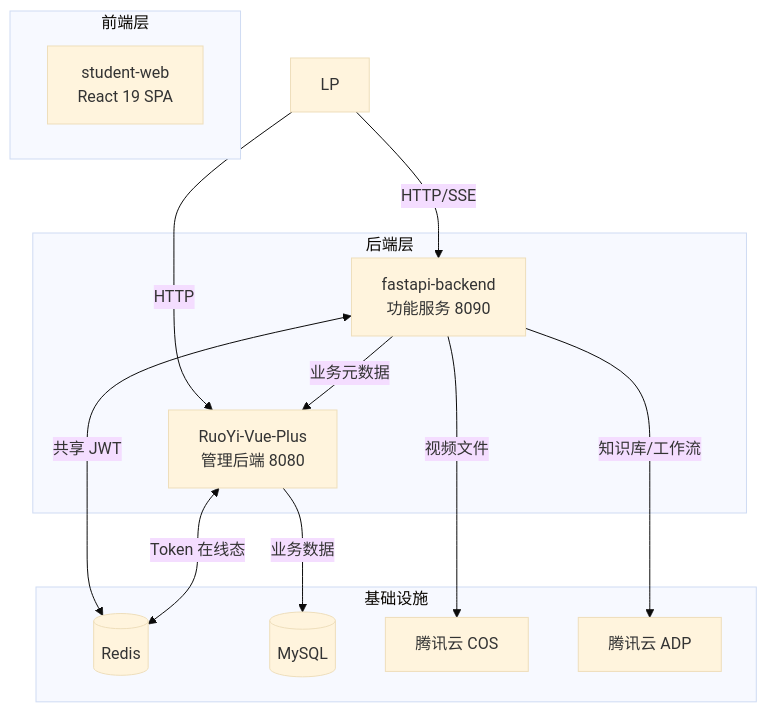
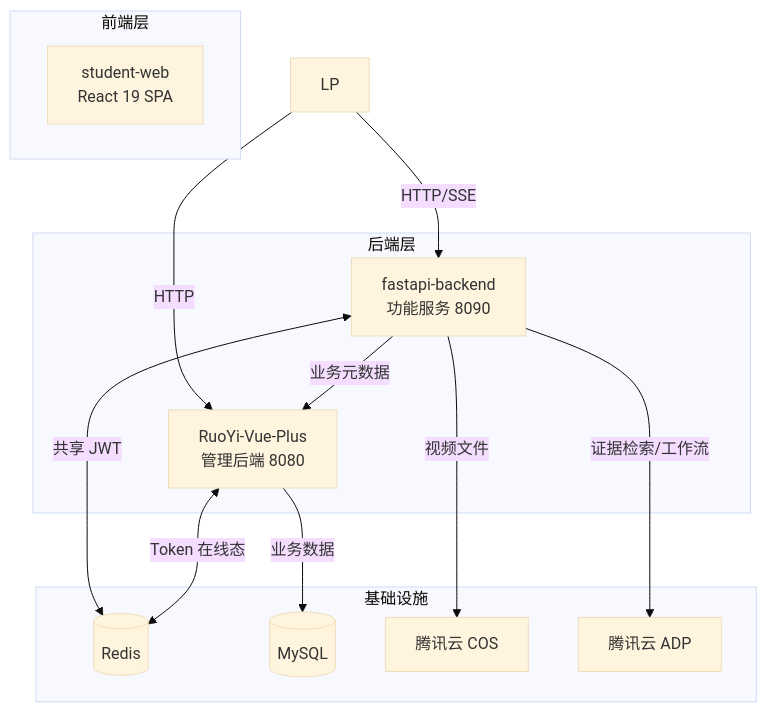
Before and after one commit to Prorise-cool/Prorise_ai_teach_workspace: the eighth of 8 diagrams in _bmad-output/planning-artifacts/archive/architecture.md, drawn with Mermaid (base theme). The commit also changed other lines of this file and 173 other files, not shown here.

````diff
--- a/_bmad-output/planning-artifacts/archive/architecture.md
+++ b/_bmad-output/planning-artifacts/archive/architecture.md
@@ -1827,29 +1994,29 @@
 ```mermaid
 flowchart TB
     subgraph Frontend["前端层"]
         SW[student-web<br/>React 19 SPA]
     end
     
     subgraph Backend["后端层"]
         FA[fastapi-backend<br/>功能服务 8090]
         RY[RuoYi-Vue-Plus<br/>管理后端 8080]
     end
     
     subgraph Infrastructure["基础设施"]
         RD[(Redis)]
         MY[(MySQL)]
         COS[腾讯云 COS]
         ADP[腾讯云 ADP]
     end
     
     LP -->|HTTP/SSE| FA
     LP -->|HTTP| RY
     
     FA <-->|共享 JWT| RD
     FA -->|业务元数据| RY
     FA -->|视频文件| COS
-    FA -->|知识库/工作流| ADP
+    FA -->|证据检索/工作流| ADP
     
     RY <-->|Token 在线态| RD
     RY -->|业务数据| MY
 ```
````
